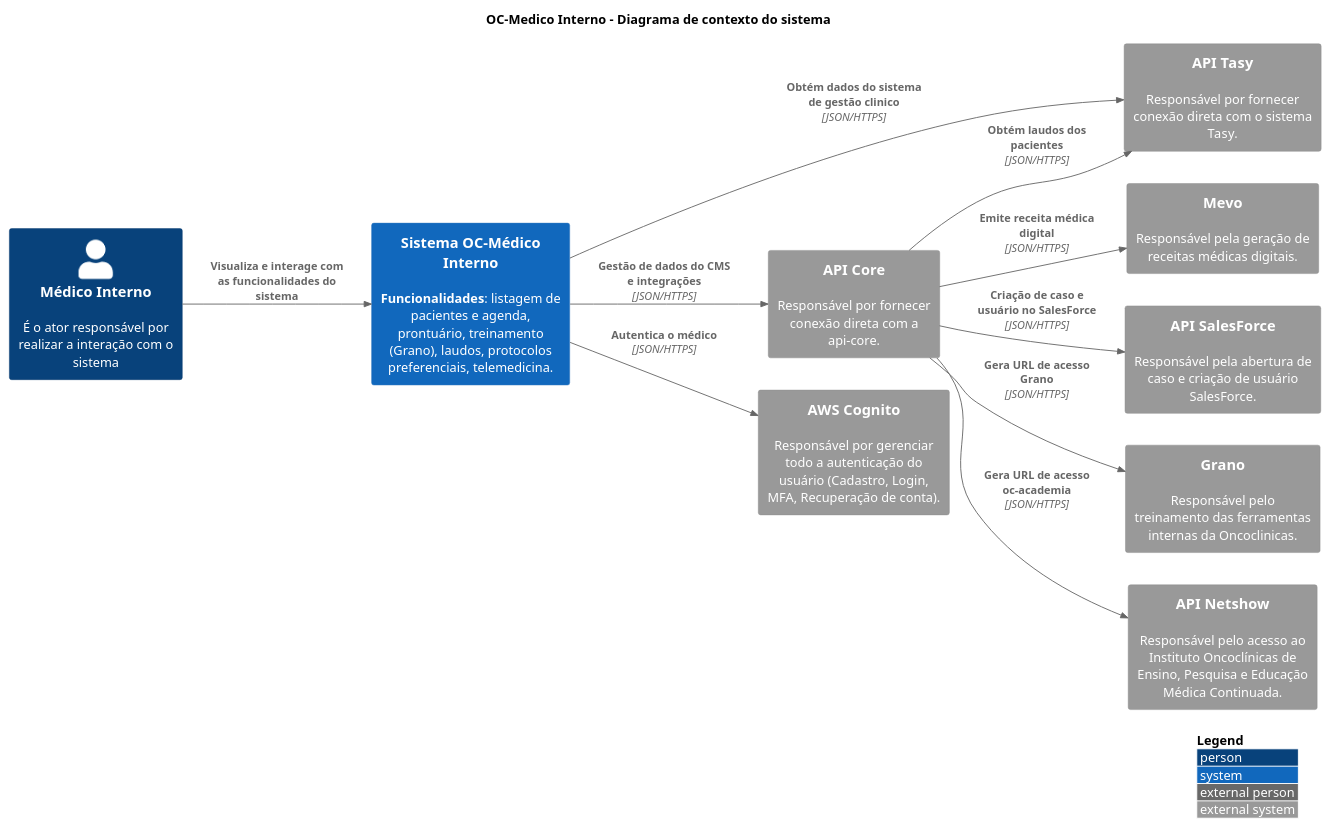
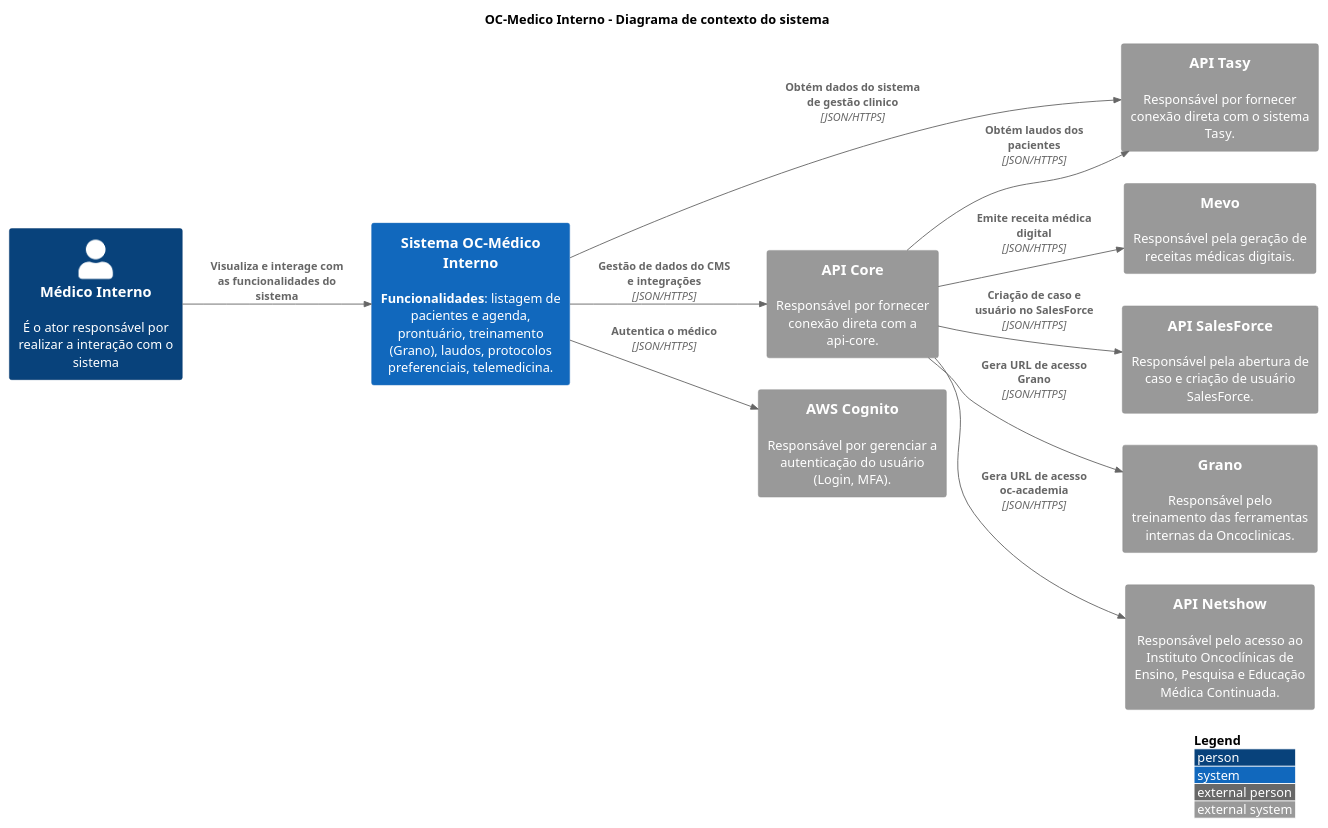
The diagram in src/OC-Medico Interno/C1. Visão Geral/context.puml (luizggbasedigital/poc-oc-docs), drawn with PlantUML before and after one commit. The commit also changed 3 other files, not shown here.

```diff
--- a/src/OC-Medico Interno/C1. Visão Geral/context.puml
+++ b/src/OC-Medico Interno/C1. Visão Geral/context.puml
@@ -1,44 +1,44 @@
 @startuml "Context Diagram"
 
 title "OC-Medico Interno - Diagrama de contexto do sistema"
 
 !include https://raw.githubusercontent.com/adrianvlupu/C4-PlantUML/latest/C4_Context.puml
 
 LAYOUT_WITH_LEGEND()
 LAYOUT_LEFT_RIGHT()
 
 skinparam backgroundcolor transparent
 
 /'Actors'/
 Person(ActorInternalPhysician, "Médico Interno", "É o ator responsável por realizar a interação com o sistema")
 
 /'Internal Systems'/
 System(SystemOCInternalPhysician, "Sistema OC-Médico Interno", "<b>Funcionalidades</b>: listagem de pacientes e agenda, prontuário, treinamento (Grano), laudos, protocolos preferenciais, telemedicina.")
 
 /'External Systems'/
 System_Ext(SystemTasyApi, "API Tasy", "Responsável por fornecer conexão direta com o sistema Tasy.")
 
 /'API-Core Systems'/
 System_Ext(SystemApiCore, "API Core", "Responsável por fornecer conexão direta com a api-core.")
 System_Ext(SystemMevo, "Mevo", "Responsável pela geração de receitas médicas digitais.")
 System_Ext(SystemSalesForce, "API SalesForce", "Responsável pela abertura de caso e criação de usuário SalesForce.")
 System_Ext(SystemGrano, "Grano", "Responsável pelo treinamento das ferramentas internas da Oncoclinicas.")
 System_Ext(SystemNetshow, "API Netshow", "Responsável pelo acesso ao Instituto Oncoclínicas de Ensino, Pesquisa e Educação Médica Continuada.")
 
 /'AWS Systems'/
-System_Ext(SystemAWSCognito, "AWS Cognito", "Responsável por gerenciar todo a autenticação do usuário (Cadastro, Login, MFA, Recuperação de conta).")
+System_Ext(SystemAWSCognito, "AWS Cognito", "Responsável por gerenciar a autenticação do usuário (Login, MFA).")
 
 /'Relations'/
 Rel(ActorInternalPhysician, SystemOCInternalPhysician, "Visualiza e interage com as funcionalidades do sistema")
 Rel(SystemOCInternalPhysician, SystemAWSCognito, "Autentica o médico", "JSON/HTTPS")
 Rel(SystemOCInternalPhysician, SystemTasyApi, "Obtém dados do sistema de gestão clinico", "JSON/HTTPS")
 
 /'API-Core Integrations'/
 Rel(SystemOCInternalPhysician, SystemApiCore, "Gestão de dados do CMS e integrações", "JSON/HTTPS")
 Rel(SystemApiCore, SystemTasyApi, "Obtém laudos dos pacientes", "JSON/HTTPS")
 Rel(SystemApiCore, SystemMevo, "Emite receita médica digital", "JSON/HTTPS")
 Rel(SystemApiCore, SystemSalesForce, "Criação de caso e usuário no SalesForce", "JSON/HTTPS")
 Rel(SystemApiCore, SystemGrano, "Gera URL de acesso Grano", "JSON/HTTPS")
 Rel(SystemApiCore, SystemNetshow, "Gera URL de acesso oc-academia", "JSON/HTTPS")
 
 @enduml
```
